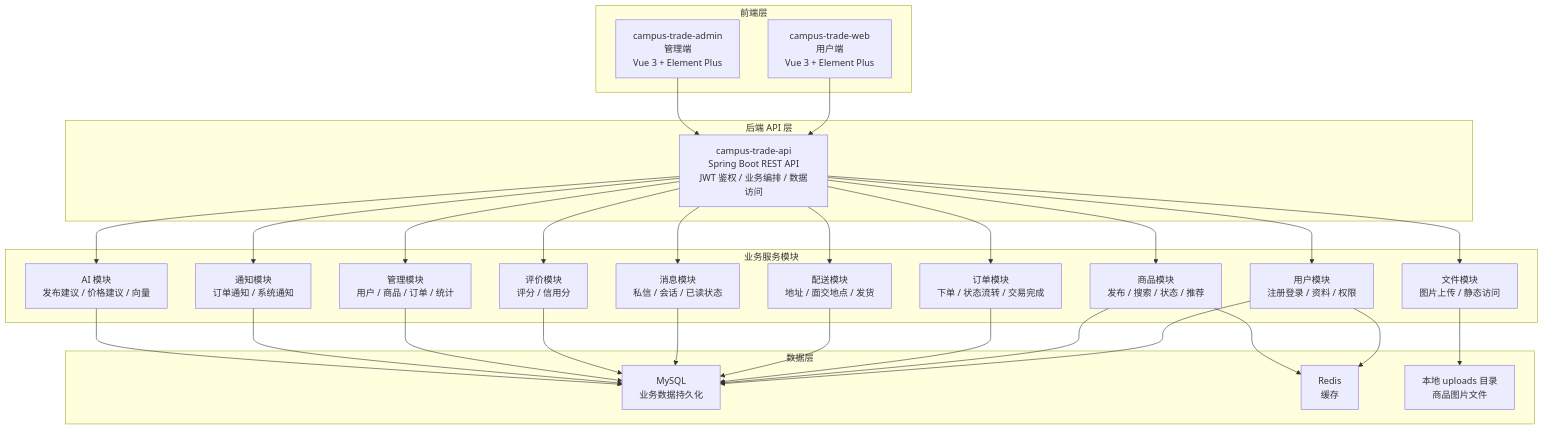
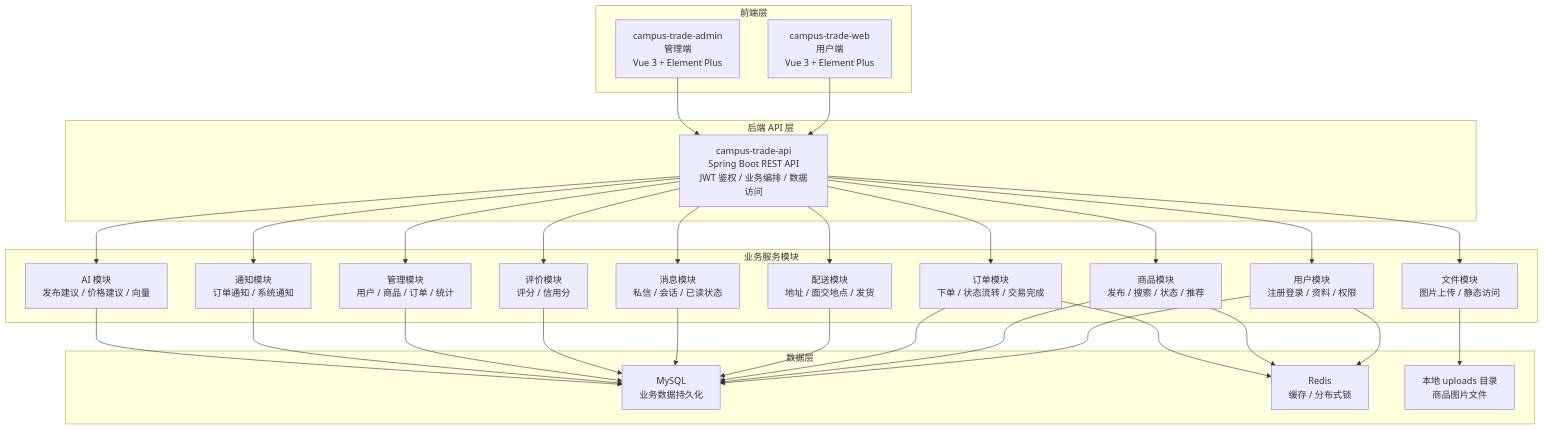
One commit to Bailanlizi/GreenLoop changed the fifth of 6 diagrams in docs/系统架构设计文档.md. Above: the diagram before and after it, drawn with Mermaid. The commit also changed other lines of this file and 2 other files, not shown here.

````diff
--- a/docs/系统架构设计文档.md
+++ b/docs/系统架构设计文档.md
@@ -253,56 +253,57 @@
 ```mermaid
 graph TB
     subgraph "前端层"
         A1["campus-trade-web<br/>用户端<br/>Vue 3 + Element Plus"]
         A2["campus-trade-admin<br/>管理端<br/>Vue 3 + Element Plus"]
     end
     
     subgraph "后端 API 层"
         B["campus-trade-api<br/>Spring Boot REST API<br/>JWT 鉴权 / 业务编排 / 数据访问"]
     end
     
     subgraph "业务服务模块"
         C1["用户模块<br/>注册登录 / 资料 / 权限"]
         C2["商品模块<br/>发布 / 搜索 / 状态 / 推荐"]
         C3["订单模块<br/>下单 / 状态流转 / 交易完成"]
         C4["配送模块<br/>地址 / 面交地点 / 发货"]
         C5["消息模块<br/>私信 / 会话 / 已读状态"]
         C6["评价模块<br/>评分 / 信用分"]
         C7["文件模块<br/>图片上传 / 静态访问"]
         C8["管理模块<br/>用户 / 商品 / 订单 / 统计"]
         C9["通知模块<br/>订单通知 / 系统通知"]
         C10["AI 模块<br/>发布建议 / 价格建议 / 向量"]
     end
     
     subgraph "数据层"
         D1["MySQL<br/>业务数据持久化"]
-        D2["Redis<br/>缓存"]
+        D2["Redis<br/>缓存 / 分布式锁"]
         D3["本地 uploads 目录<br/>商品图片文件"]
     end
     
     A1 --> B
     A2 --> B
     B --> C1
     B --> C2
     B --> C3
     B --> C4
     B --> C5
     B --> C6
     B --> C7
     B --> C8
     B --> C9
     B --> C10
     
     C1 --> D1
     C1 --> D2
     C2 --> D1
     C2 --> D2
     C3 --> D1
+    C3 --> D2
     C4 --> D1
     C5 --> D1
     C6 --> D1
     C7 --> D3
     C8 --> D1
     C9 --> D1
     C10 --> D1
 ```
````
